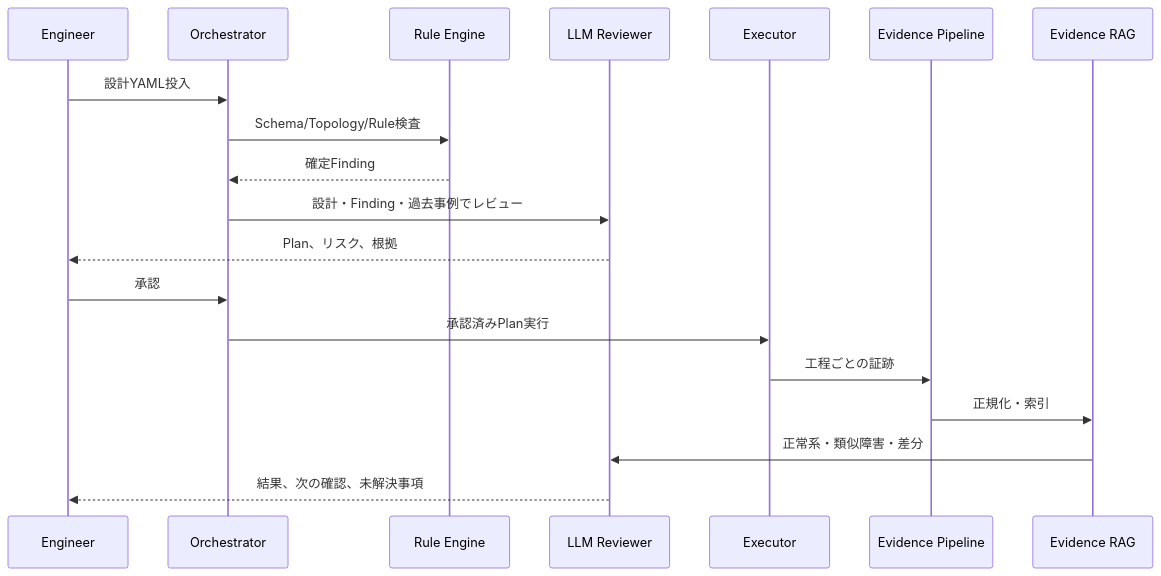
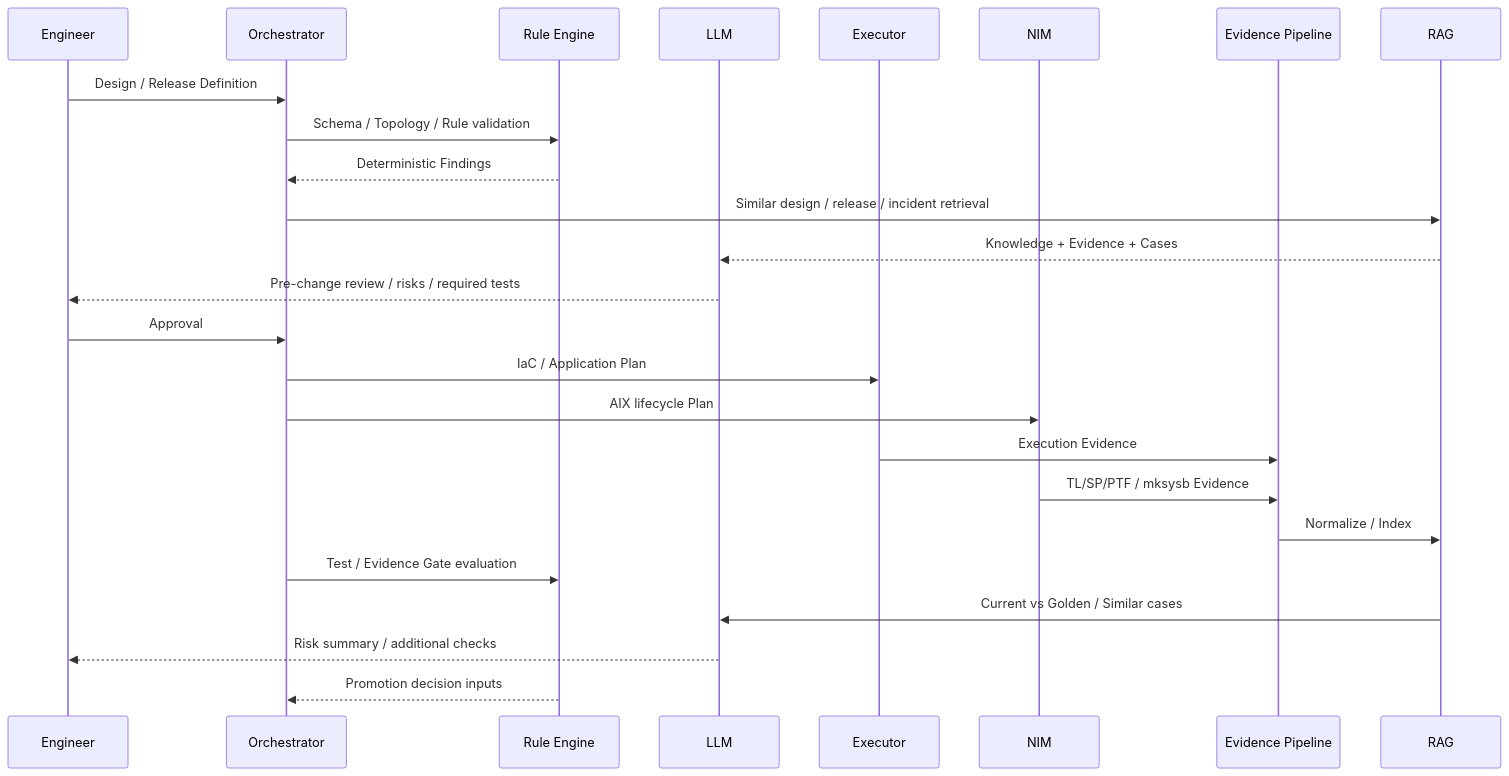
Before and after one commit to TomomasaSekino/AIX-IaC-project: the third of 3 diagrams in 03_ARCHITECTURE.md, drawn with Mermaid. The commit also changed other lines of this file, not shown here.

Commit message:
docs: redesign architecture around PowerVS, NIM and promotion

````diff
--- a/03_ARCHITECTURE.md
+++ b/03_ARCHITECTURE.md
@@ -73,22 +197,28 @@
 ```mermaid
 sequenceDiagram
     participant U as Engineer
     participant O as Orchestrator
     participant R as Rule Engine
-    participant L as LLM Reviewer
+    participant L as LLM
     participant E as Executor
+    participant N as NIM
     participant C as Evidence Pipeline
-    participant G as Evidence RAG
+    participant G as RAG
 
-    U->>O: 設計YAML投入
-    O->>R: Schema/Topology/Rule検査
-    R-->>O: 確定Finding
-    O->>L: 設計・Finding・過去事例でレビュー
-    L-->>U: Plan、リスク、根拠
-    U->>O: 承認
-    O->>E: 承認済みPlan実行
-    E->>C: 工程ごとの証跡
-    C->>G: 正規化・索引
-    G->>L: 正常系・類似障害・差分
-    L-->>U: 結果、次の確認、未解決事項
+    U->>O: Design / Release Definition
+    O->>R: Schema / Topology / Rule validation
+    R-->>O: Deterministic Findings
+    O->>G: Similar design / release / incident retrieval
+    G-->>L: Knowledge + Evidence + Cases
+    L-->>U: Pre-change review / risks / required tests
+    U->>O: Approval
+    O->>E: IaC / Application Plan
+    O->>N: AIX lifecycle Plan
+    E->>C: Execution Evidence
+    N->>C: TL/SP/PTF / mksysb Evidence
+    C->>G: Normalize / Index
+    O->>R: Test / Evidence Gate evaluation
+    G->>L: Current vs Golden / Similar cases
+    L-->>U: Risk summary / additional checks
+    R-->>O: Promotion decision inputs
 ```
````
